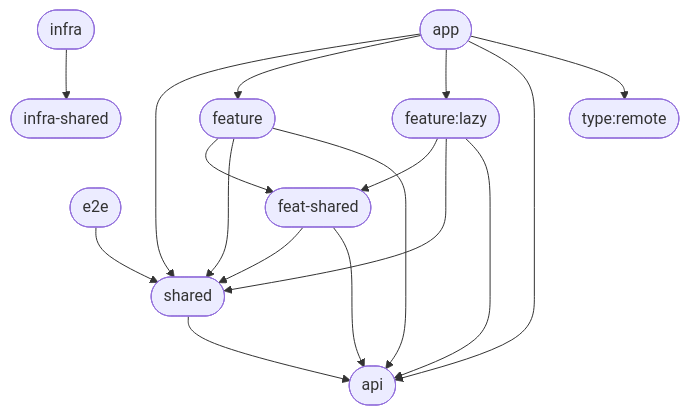
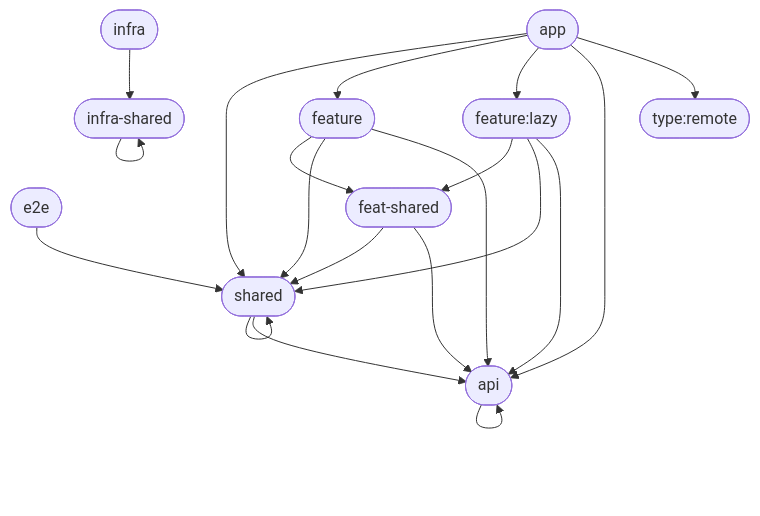
The second of 4 diagrams in docs/architecture/README.md (WolfSoko/wol-sok-mono), drawn with Mermaid before and after one commit. The commit also changed other lines of this file and 1 other file, not shown here.

First line of the commit message:
fix(tools): match module boundary semantics in architecture report

````diff
--- a/docs/architecture/README.md
+++ b/docs/architecture/README.md
@@ -55,29 +55,32 @@
 ```mermaid
 flowchart TD
   api(["api"])
   app(["app"])
   e2e(["e2e"])
   feat_shared(["feat-shared"])
   feature(["feature"])
   feature_lazy(["feature:lazy"])
   infra(["infra"])
   infra_shared(["infra-shared"])
   shared(["shared"])
   type_remote(["type:remote"])
   app --> shared
   app --> feature
   app --> feature_lazy
   app --> api
   app --> type_remote
   infra --> infra_shared
+  infra_shared --> infra_shared
   e2e --> shared
   feature --> feat_shared
   feature --> shared
   feature --> api
   feature_lazy --> feat_shared
   feature_lazy --> shared
   feature_lazy --> api
   feat_shared --> shared
   feat_shared --> api
+  shared --> shared
   shared --> api
+  api --> api
 ```
````
